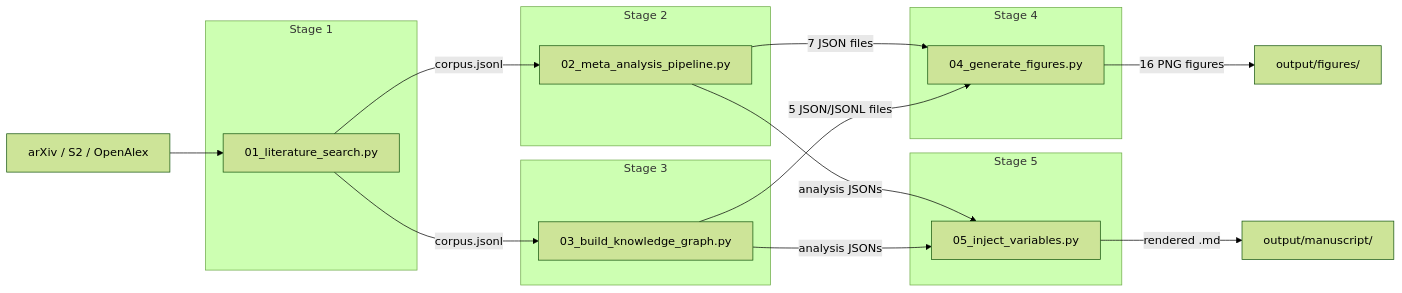
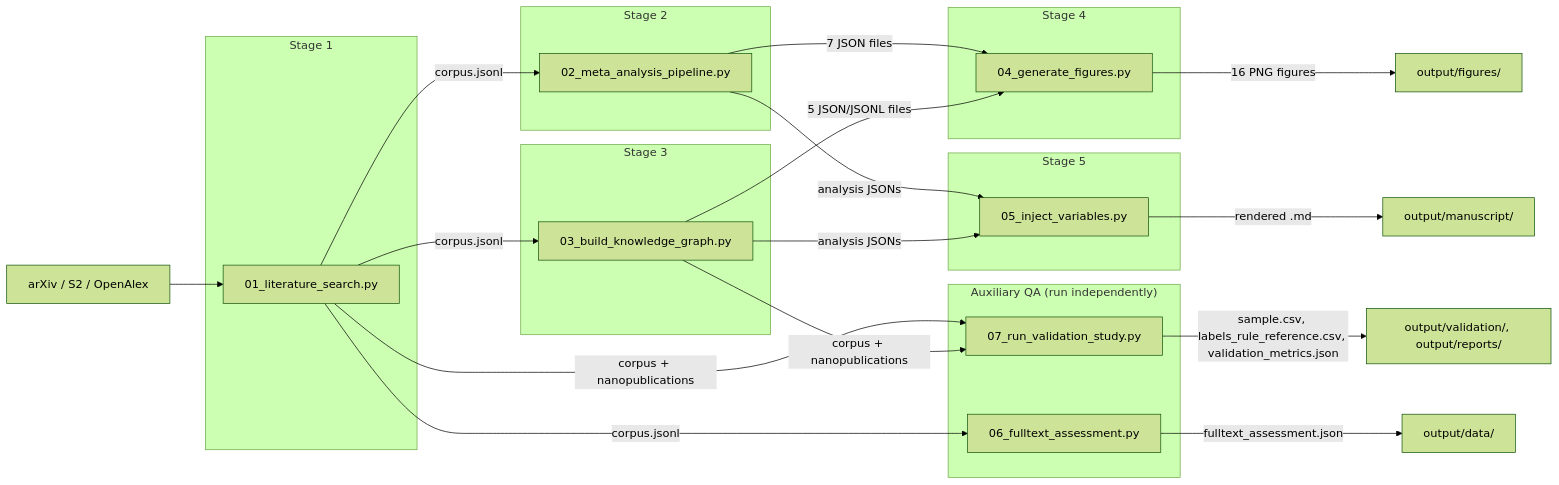
Before and after one commit to ActiveInferenceInstitute/act_inf_metaanalysis: the diagram in doc/README.md, drawn with Mermaid (forest theme). The commit also changed other lines of this file and 8 other files, not shown here.

````diff
--- a/doc/README.md
+++ b/doc/README.md
@@ -51,27 +57,35 @@
 ```mermaid
 flowchart LR
     subgraph "Stage 1"
         S1["01_literature_search.py"]
     end
     subgraph "Stage 2"
         S2["02_meta_analysis_pipeline.py"]
     end
     subgraph "Stage 3"
         S3["03_build_knowledge_graph.py"]
     end
     subgraph "Stage 4"
         S4["04_generate_figures.py"]
     end
     subgraph "Stage 5"
         S5["05_inject_variables.py"]
     end
+    subgraph "Auxiliary QA (run independently)"
+        S6["06_fulltext_assessment.py"]
+        S7["07_run_validation_study.py"]
+    end
 
     APIs["arXiv / S2 / OpenAlex"] --> S1
     S1 -->|corpus.jsonl| S2
     S1 -->|corpus.jsonl| S3
     S2 -->|7 JSON files| S4
     S3 -->|5 JSON/JSONL files| S4
     S4 -->|16 PNG figures| Figs["output/figures/"]
     S2 & S3 -->|analysis JSONs| S5
     S5 -->|rendered .md| MS["output/manuscript/"]
+    S1 -->|corpus.jsonl| S6
+    S6 -->|fulltext_assessment.json| Data["output/data/"]
+    S1 & S3 -->|corpus + nanopublications| S7
+    S7 -->|sample.csv, labels_rule_reference.csv, validation_metrics.json| Val["output/validation/, output/reports/"]
 ```
````
